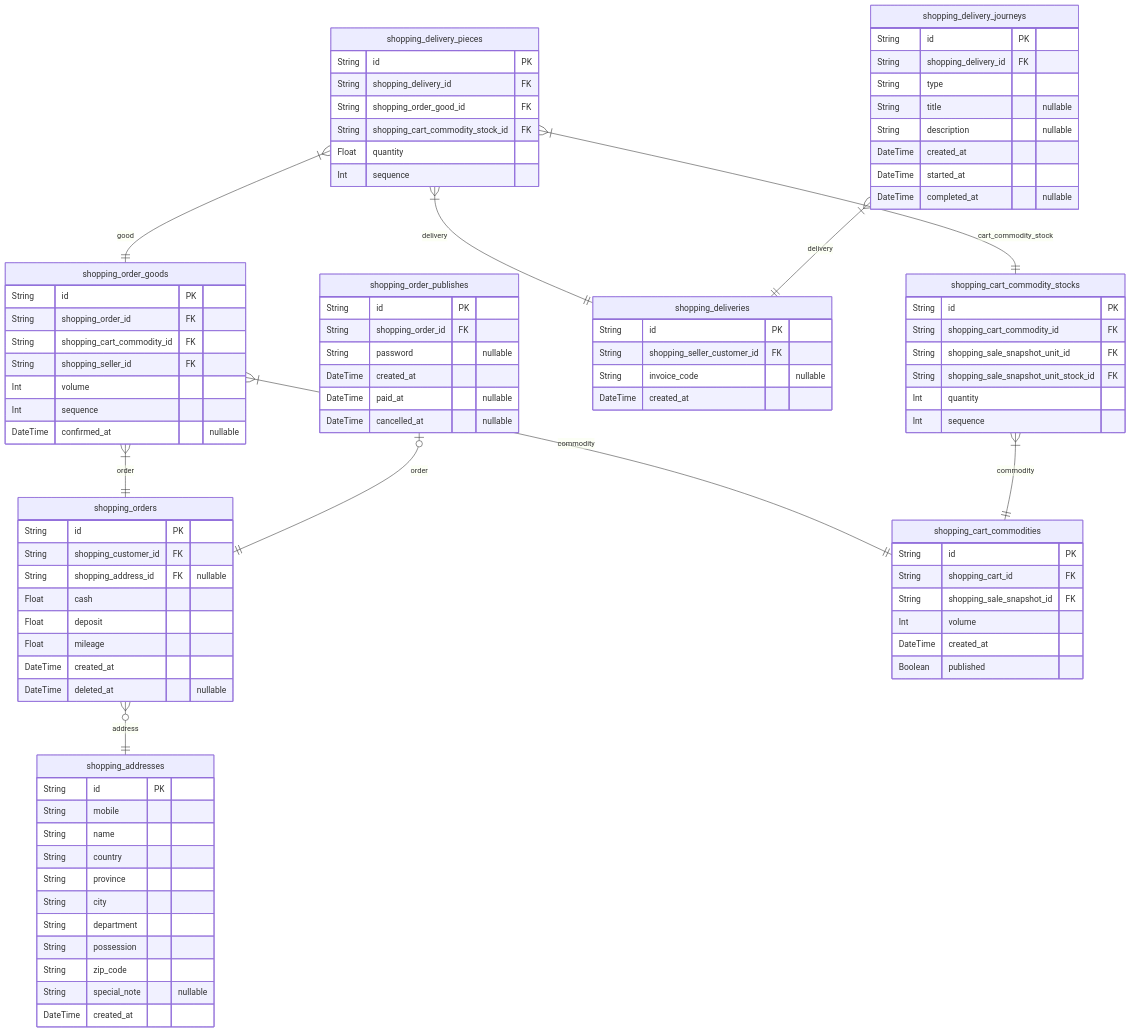
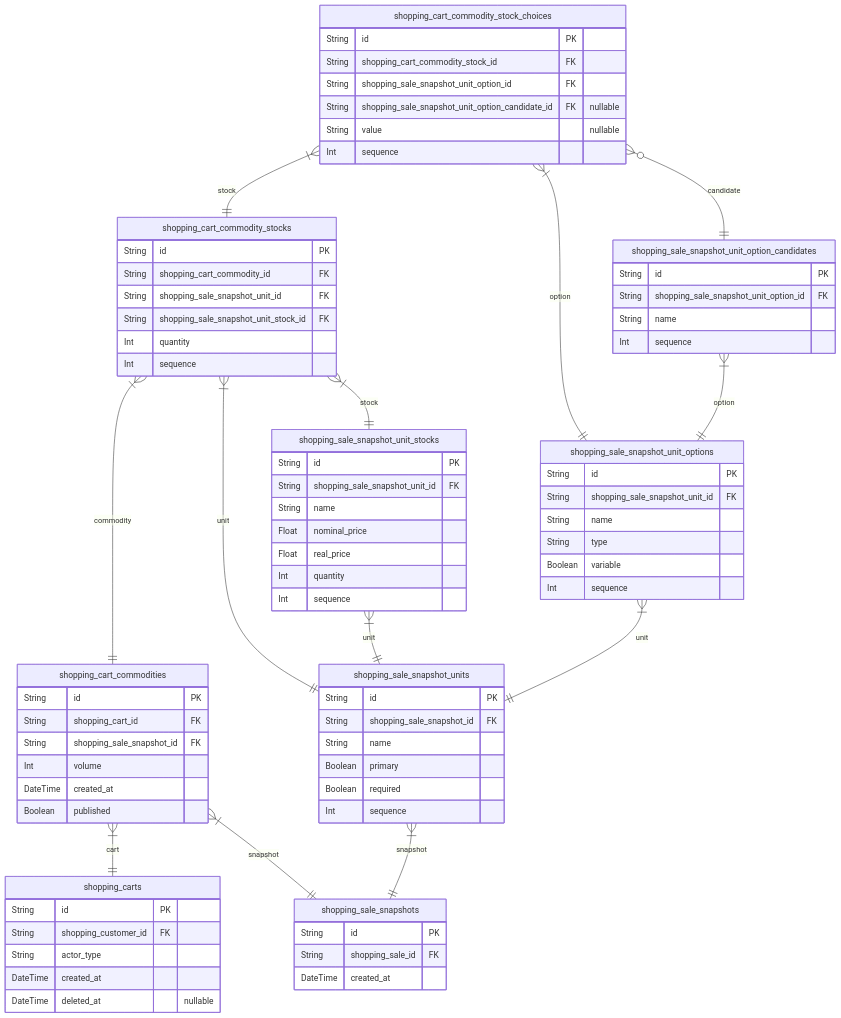
The eighth of 9 diagrams in ERD.md (samchon/prisma-markdown), drawn with Mermaid before and after one commit. The commit also changed other lines of this file and 3 other files, not shown here.

First line of the commit message:
Keep sequence of tables.

````diff
--- a/ERD.md
+++ b/ERD.md
@@ -1481,68 +1948,47 @@
 ```mermaid
 erDiagram
-"shopping_orders" {
+"shopping_sale_snapshots" {
+    String id PK
+    String shopping_sale_id FK
+    DateTime created_at
+}
+"shopping_sale_snapshot_units" {
+    String id PK
+    String shopping_sale_snapshot_id FK
+    String name
+    Boolean primary
+    Boolean required
+    Int sequence
+}
+"shopping_sale_snapshot_unit_options" {
+    String id PK
+    String shopping_sale_snapshot_unit_id FK
+    String name
+    String type
+    Boolean variable
+    Int sequence
+}
+"shopping_sale_snapshot_unit_option_candidates" {
+    String id PK
+    String shopping_sale_snapshot_unit_option_id FK
+    String name
+    Int sequence
+}
+"shopping_sale_snapshot_unit_stocks" {
+    String id PK
+    String shopping_sale_snapshot_unit_id FK
+    String name
+    Float nominal_price
+    Float real_price
+    Int quantity
+    Int sequence
+}
+"shopping_carts" {
     String id PK
     String shopping_customer_id FK
-    String shopping_address_id FK "nullable"
-    Float cash
-    Float deposit
-    Float mileage
+    String actor_type
     DateTime created_at
     DateTime deleted_at "nullable"
-}
-"shopping_order_goods" {
-    String id PK
-    String shopping_order_id FK
-    String shopping_cart_commodity_id FK
-    String shopping_seller_id FK
-    Int volume
-    Int sequence
-    DateTime confirmed_at "nullable"
-}
-"shopping_order_publishes" {
-    String id PK
-    String shopping_order_id FK
-    String password "nullable"
-    DateTime created_at
-    DateTime paid_at "nullable"
-    DateTime cancelled_at "nullable"
-}
-"shopping_deliveries" {
-    String id PK
-    String shopping_seller_customer_id FK
-    String invoice_code "nullable"
-    DateTime created_at
-}
-"shopping_delivery_pieces" {
-    String id PK
-    String shopping_delivery_id FK
-    String shopping_order_good_id FK
-    String shopping_cart_commodity_stock_id FK
-    Float quantity
-    Int sequence
-}
-"shopping_delivery_journeys" {
-    String id PK
-    String shopping_delivery_id FK
-    String type
-    String title "nullable"
-    String description "nullable"
-    DateTime created_at
-    DateTime started_at
-    DateTime completed_at "nullable"
-}
-"shopping_addresses" {
-    String id PK
-    String mobile
-    String name
-    String country
-    String province
-    String city
-    String department
-    String possession
-    String zip_code
-    String special_note "nullable"
-    DateTime created_at
 }
 "shopping_cart_commodities" {
     String id PK
@@ -1560,13 +2006,24 @@
     Int quantity
     Int sequence
 }
-"shopping_orders" }o--|| "shopping_addresses" : address
-"shopping_order_goods" }|--|| "shopping_orders" : order
-"shopping_order_goods" }|--|| "shopping_cart_commodities" : commodity
-"shopping_order_publishes" |o--|| "shopping_orders" : order
-"shopping_delivery_pieces" }|--|| "shopping_deliveries" : delivery
-"shopping_delivery_pieces" }|--|| "shopping_order_goods" : good
-"shopping_delivery_pieces" }|--|| "shopping_cart_commodity_stocks" : cart_commodity_stock
-"shopping_delivery_journeys" }|--|| "shopping_deliveries" : delivery
+"shopping_cart_commodity_stock_choices" {
+    String id PK
+    String shopping_cart_commodity_stock_id FK
+    String shopping_sale_snapshot_unit_option_id FK
+    String shopping_sale_snapshot_unit_option_candidate_id FK "nullable"
+    String value "nullable"
+    Int sequence
+}
+"shopping_sale_snapshot_units" }|--|| "shopping_sale_snapshots" : snapshot
+"shopping_sale_snapshot_unit_options" }|--|| "shopping_sale_snapshot_units" : unit
+"shopping_sale_snapshot_unit_option_candidates" }|--|| "shopping_sale_snapshot_unit_options" : option
+"shopping_sale_snapshot_unit_stocks" }|--|| "shopping_sale_snapshot_units" : unit
+"shopping_cart_commodities" }|--|| "shopping_carts" : cart
+"shopping_cart_commodities" }|--|| "shopping_sale_snapshots" : snapshot
 "shopping_cart_commodity_stocks" }|--|| "shopping_cart_commodities" : commodity
+"shopping_cart_commodity_stocks" }|--|| "shopping_sale_snapshot_units" : unit
+"shopping_cart_commodity_stocks" }|--|| "shopping_sale_snapshot_unit_stocks" : stock
+"shopping_cart_commodity_stock_choices" }|--|| "shopping_cart_commodity_stocks" : stock
+"shopping_cart_commodity_stock_choices" }|--|| "shopping_sale_snapshot_unit_options" : option
+"shopping_cart_commodity_stock_choices" }o--|| "shopping_sale_snapshot_unit_option_candidates" : candidate
 ```
````
